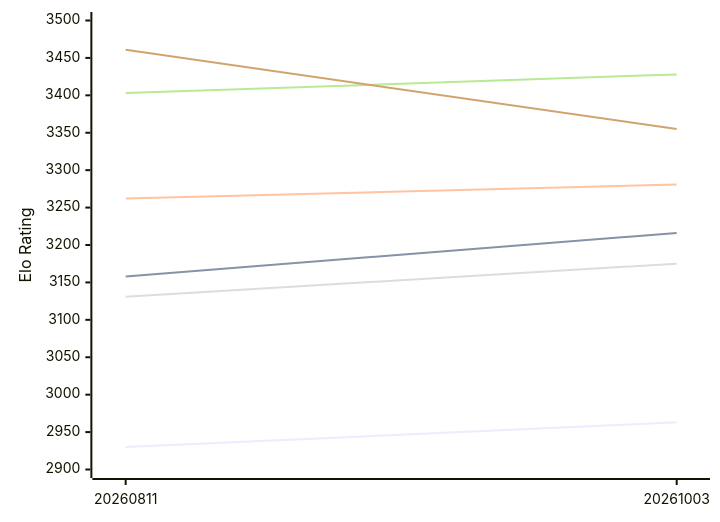
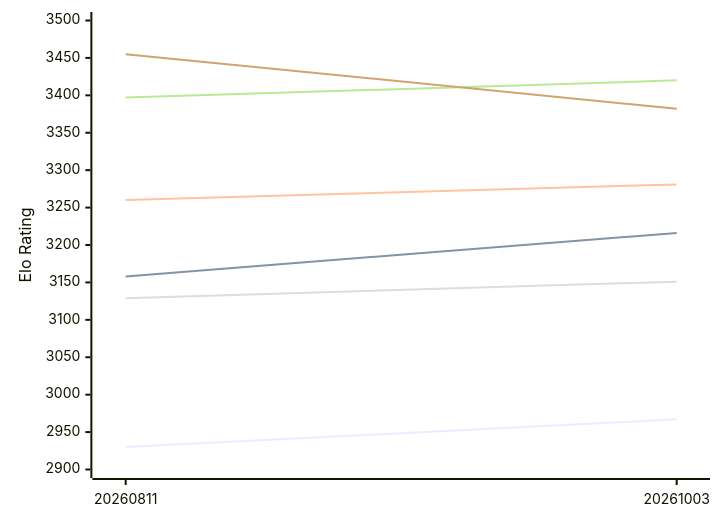
One commit to computer-chess-index/cci changed the first of 2 diagrams in engines/Askaig.md. Above: the diagram before and after it, drawn with Mermaid. The commit also changed other lines of this file, not shown here.

Commit message:
Update CCI Ratings (ELO VLTC) - 2026-10-14

````diff
--- a/engines/Askaig.md
+++ b/engines/Askaig.md
@@ -52,12 +52,12 @@
 ```mermaid
 %%{init: {"theme":"base","themeVariables":{"seriesColors:['#a3a3a3','#222221','#faa371']}}}%%
 xychart-beta
   x-axis ["20260811", "20261003"]
   y-axis "Elo Rating" 2900 --> 3500
-  line "E1: STC (8.0+0.08s)" [2930, 2963]
+  line "E1: STC (8.0+0.08s)" [2930, 2967]
   line "E1: LTC (60.0+0.60s)" [3158, 3216]
-  line "E1: VLTC (2m24s+1.12s)" [3262, 3281]
-  line "P1: STC (8.0+0.08s)" [3131, 3175]
-  line "P1: LTC (60.0+0.60s)" [3403, 3428]
-  line "P1: VLTC (2m24s+1.12s)" [3461, 3355]
+  line "E1: VLTC (2m24s+1.12s)" [3260, 3281]
+  line "P1: STC (8.0+0.08s)" [3129, 3151]
+  line "P1: LTC (60.0+0.60s)" [3397, 3420]
+  line "P1: VLTC (2m24s+1.12s)" [3455, 3382]
 ```
````
